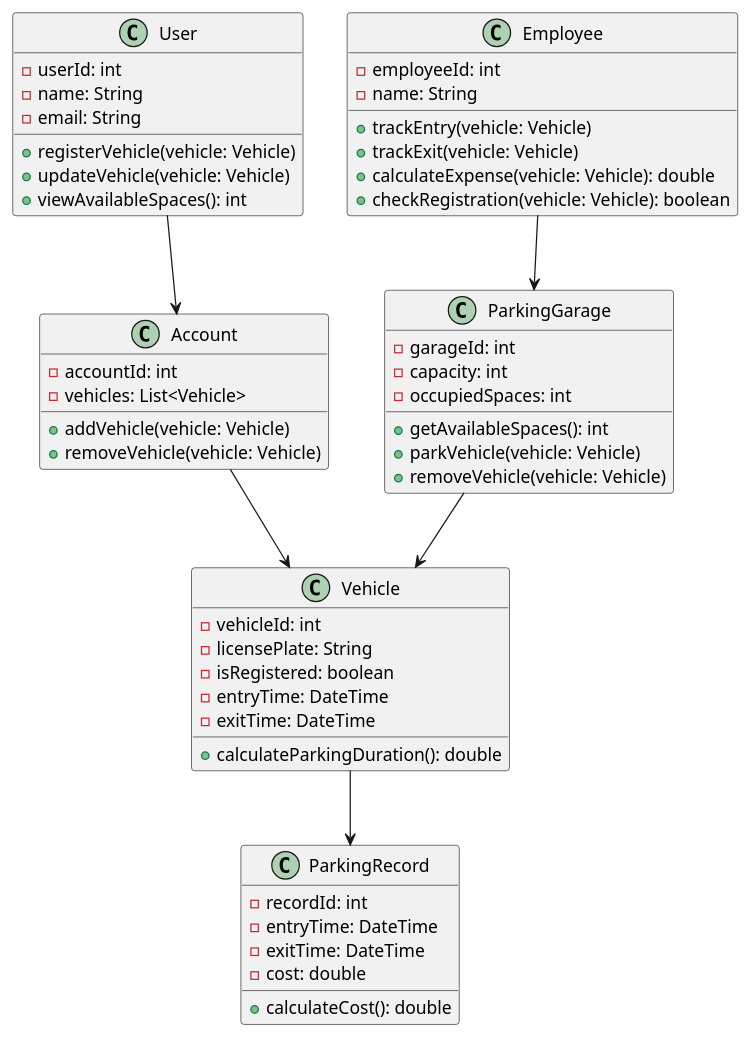
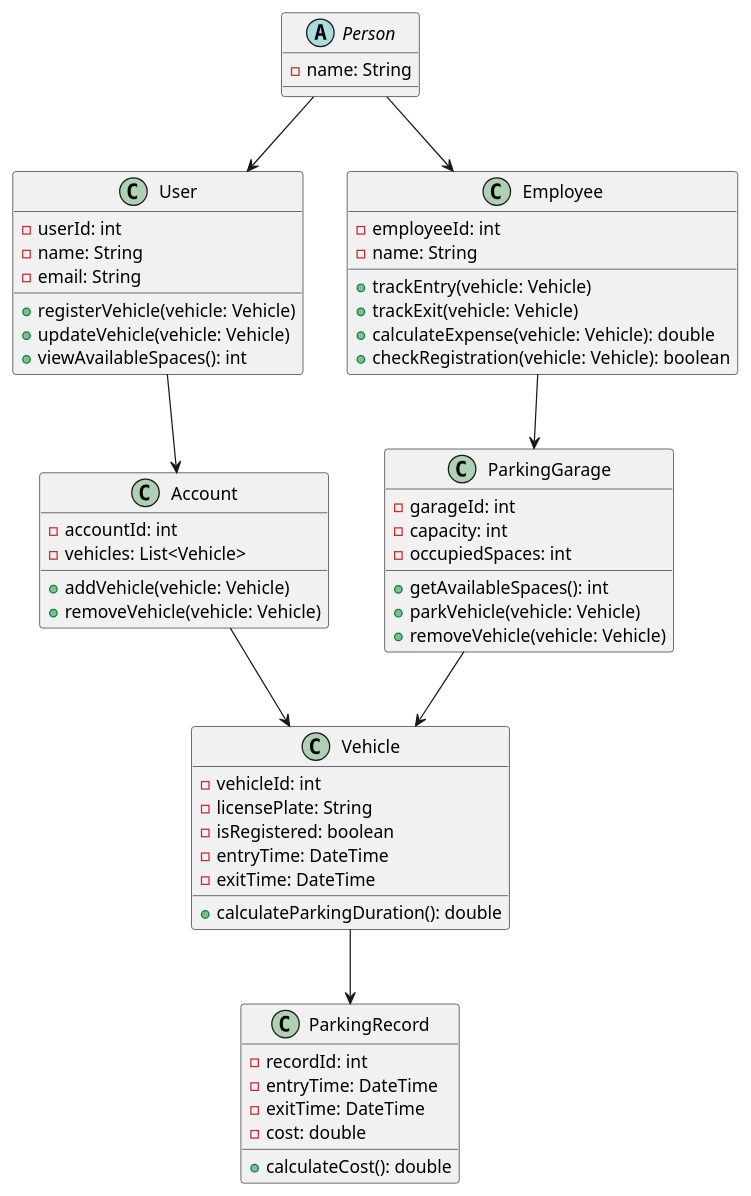
Before and after one commit to Bferg2002/Parking-Garage-Management-System: the diagram in diagram.puml, drawn with PlantUML.

Commit message:
diagram.puml updated with Person abstract class.

```diff
--- a/diagram.puml
+++ b/diagram.puml
@@ -1,61 +1,67 @@
 @startuml
+abstract class Person{
+-name: String
 
+
+}
 class User {
   -userId: int
   -name: String
   -email: String
   +registerVehicle(vehicle: Vehicle)
   +updateVehicle(vehicle: Vehicle)
   +viewAvailableSpaces(): int
 }
 
 class Employee {
   -employeeId: int
   -name: String
   +trackEntry(vehicle: Vehicle)
   +trackExit(vehicle: Vehicle)
   +calculateExpense(vehicle: Vehicle): double
   +checkRegistration(vehicle: Vehicle): boolean
 }
 
 class Vehicle {
   -vehicleId: int
   -licensePlate: String
   -isRegistered: boolean
   -entryTime: DateTime
   -exitTime: DateTime
   +calculateParkingDuration(): double
 }
 
 class ParkingGarage {
   -garageId: int
   -capacity: int
   -occupiedSpaces: int
   +getAvailableSpaces(): int
   +parkVehicle(vehicle: Vehicle)
   +removeVehicle(vehicle: Vehicle)
 }
 
 class ParkingRecord {
   -recordId: int
   -entryTime: DateTime
   -exitTime: DateTime
   -cost: double
   +calculateCost(): double
 }
 
 class Account {
   -accountId: int
   -vehicles: List<Vehicle>
   +addVehicle(vehicle: Vehicle)
   +removeVehicle(vehicle: Vehicle)
 }
 
 ' Relationships
+Person--> User
+Person-->Employee
 User --> Account
 Account --> Vehicle
 Employee --> ParkingGarage
 ParkingGarage --> Vehicle
 Vehicle --> ParkingRecord
 
 @enduml
```
